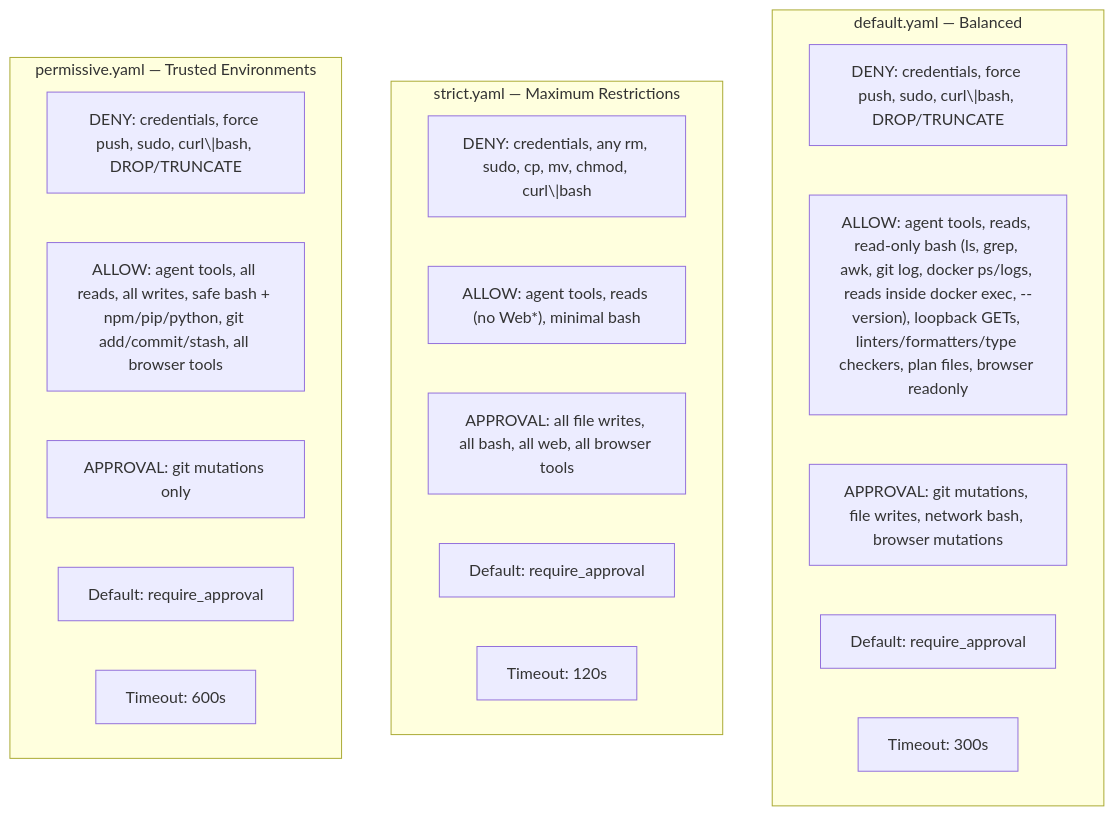
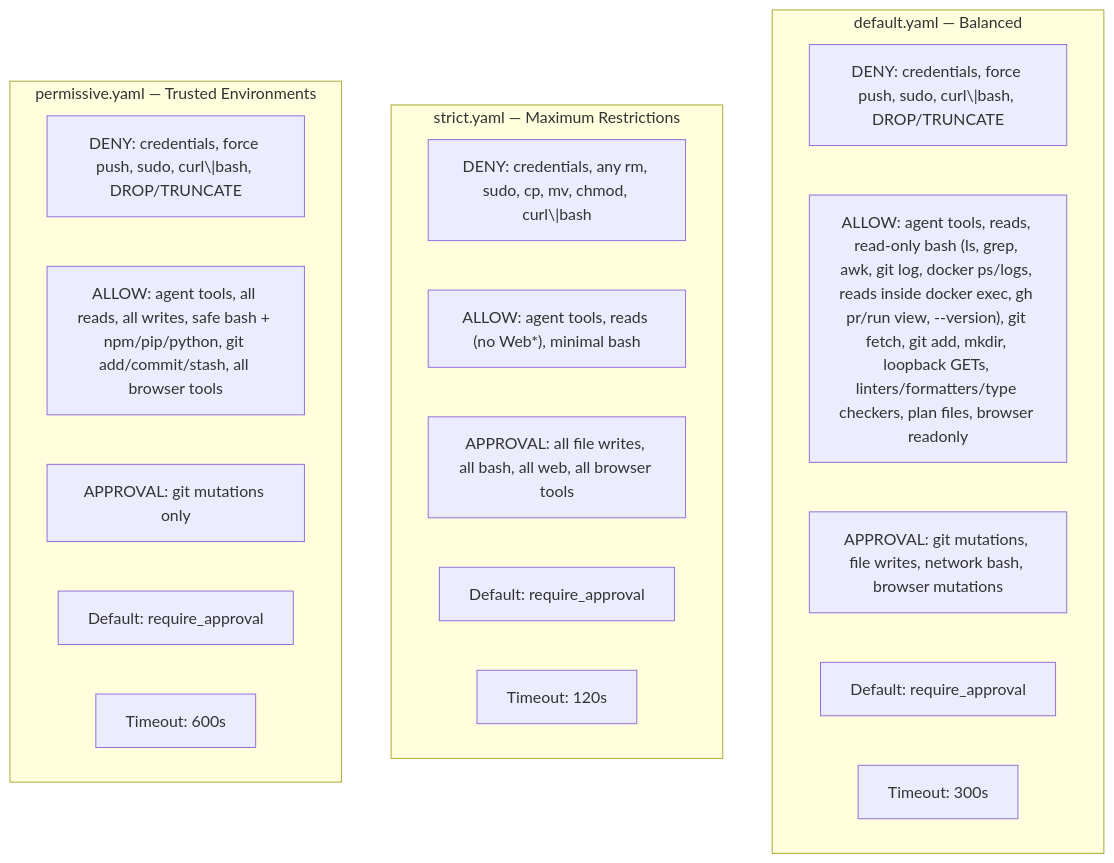
Before and after one commit to vmehera123/leashd: the second of 2 diagrams in docs/policies.md, drawn with Mermaid. The commit also changed 7 other files, not shown here.

````diff
--- a/docs/policies.md
+++ b/docs/policies.md
@@ -142,26 +142,26 @@
 ```mermaid
 flowchart TB
     subgraph Default["default.yaml — Balanced"]
         d_deny["DENY: credentials, force push, sudo, curl\|bash, DROP/TRUNCATE"]
-        d_allow["ALLOW: agent tools, reads, read-only bash (ls, grep, awk, git log, docker ps/logs, reads inside docker exec, --version), loopback GETs, linters/formatters/type checkers, plan files, browser readonly"]
+        d_allow["ALLOW: agent tools, reads, read-only bash (ls, grep, awk, git log, docker ps/logs, reads inside docker exec, gh pr/run view, --version), git fetch, git add, mkdir, loopback GETs, linters/formatters/type checkers, plan files, browser readonly"]
         d_approval["APPROVAL: git mutations, file writes, network bash, browser mutations"]
         d_default["Default: require_approval"]
         d_timeout["Timeout: 300s"]
     end
 
     subgraph Strict["strict.yaml — Maximum Restrictions"]
         s_deny["DENY: credentials, any rm, sudo, cp, mv, chmod, curl\|bash"]
         s_allow["ALLOW: agent tools, reads (no Web*), minimal bash"]
         s_approval["APPROVAL: all file writes, all bash, all web, all browser tools"]
         s_default["Default: require_approval"]
         s_timeout["Timeout: 120s"]
     end
 
     subgraph Permissive["permissive.yaml — Trusted Environments"]
         p_deny["DENY: credentials, force push, sudo, curl\|bash, DROP/TRUNCATE"]
         p_allow["ALLOW: agent tools, all reads, all writes, safe bash + npm/pip/python, git add/commit/stash, all browser tools"]
         p_approval["APPROVAL: git mutations only"]
         p_default["Default: require_approval"]
         p_timeout["Timeout: 600s"]
     end
 ```
````
